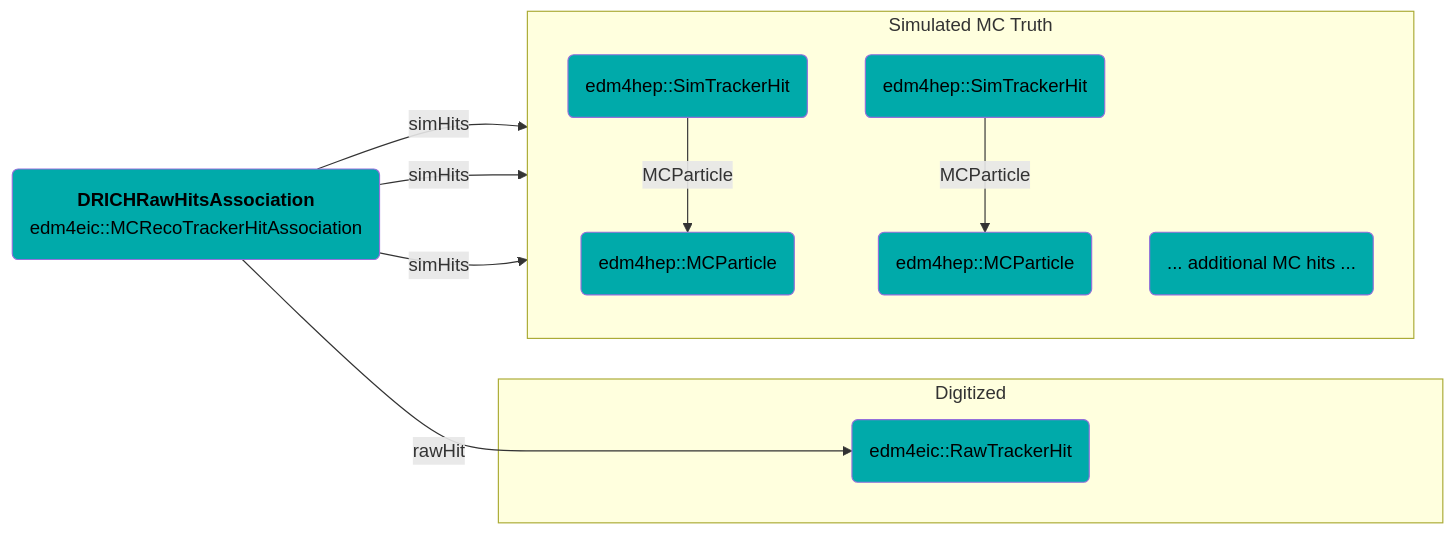
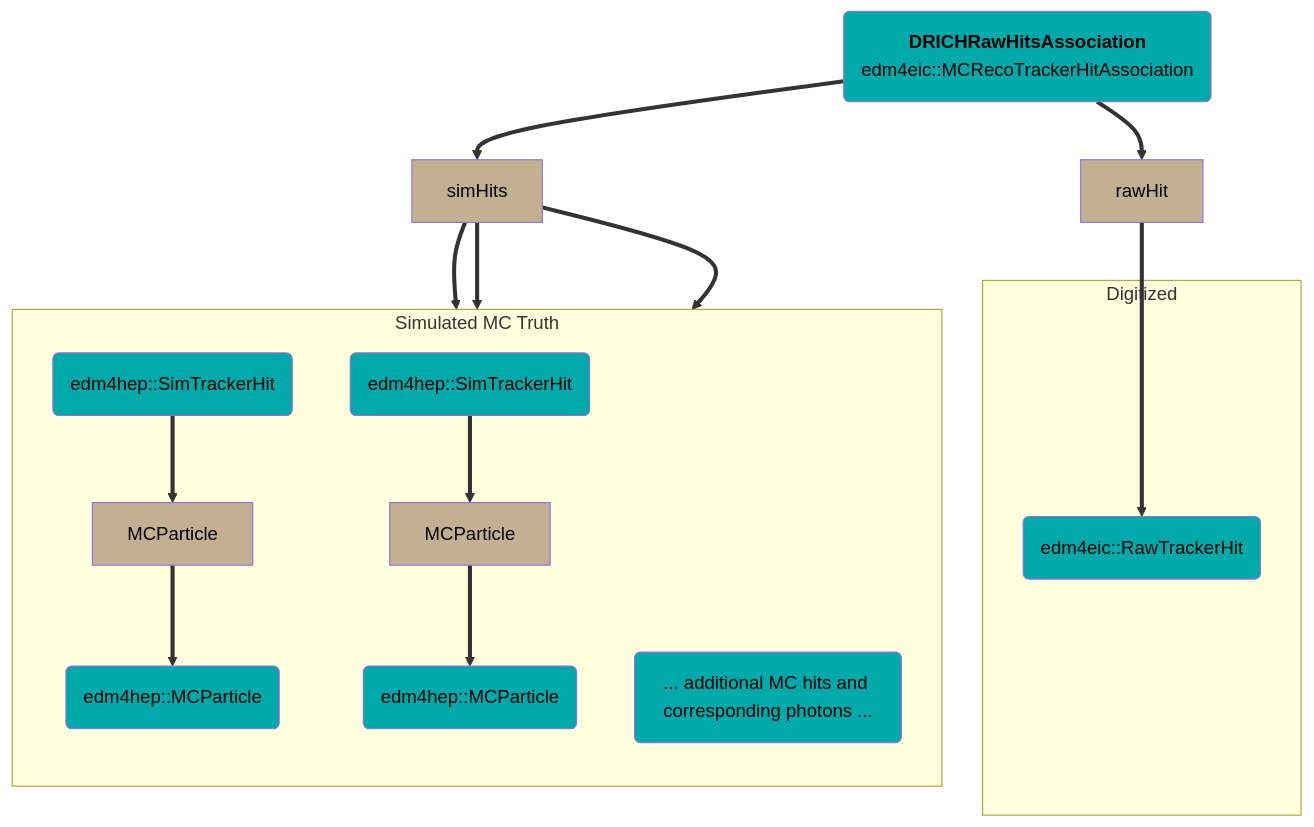
The third of 5 diagrams in src/detectors/DRICH/README.md (eic/EICrecon), drawn with Mermaid before and after one commit. The commit also changed other lines of this file, not shown here.

Commit message:
doc: fix mermaid

````diff
--- a/src/detectors/DRICH/README.md
+++ b/src/detectors/DRICH/README.md
@@ -113,26 +130,30 @@
 ```mermaid
-flowchart LR
+flowchart TB
   classDef col fill:#00aaaa,color:black
+  classDef fn fill:#c3b091,color:black
 
   %% nodes
   Association(<strong>DRICHRawHitsAssociation</strong><br/>edm4eic::MCRecoTrackerHitAssociation):::col
+  RawHitFn[rawHit]:::fn
   subgraph Digitized
     RawHit(edm4eic::RawTrackerHit):::col
   end
+  SimHitsFn[simHits]:::fn
   subgraph Simulated MC Truth
     direction TB
     SimHit1(edm4hep::SimTrackerHit):::col
     SimHit2(edm4hep::SimTrackerHit):::col
-    SimHit3(... additional MC hits ...):::col
+    SimHit3(... additional MC hits and corresponding photons ...):::col
+    MCParticleFn1[MCParticle]:::fn
+    MCParticleFn2[MCParticle]:::fn
     Photon1(edm4hep::MCParticle):::col
     Photon2(edm4hep::MCParticle):::col
   end
 
   %% edges
-  Association -- rawHit --> RawHit
-  Association -- simHits --> SimHit1
-  Association -- simHits --> SimHit2
-  Association -- simHits --> SimHit3
-  SimHit1 -- MCParticle --> Photon1
-  SimHit2 -- MCParticle --> Photon2
+  Association ==> RawHitFn ==> RawHit
+  Association ==> SimHitsFn
+  SimHitsFn ==> SimHit1 ==> MCParticleFn1 ==> Photon1
+  SimHitsFn ==> SimHit2 ==> MCParticleFn2 ==> Photon2
+  SimHitsFn ==> SimHit3
 ```
````
